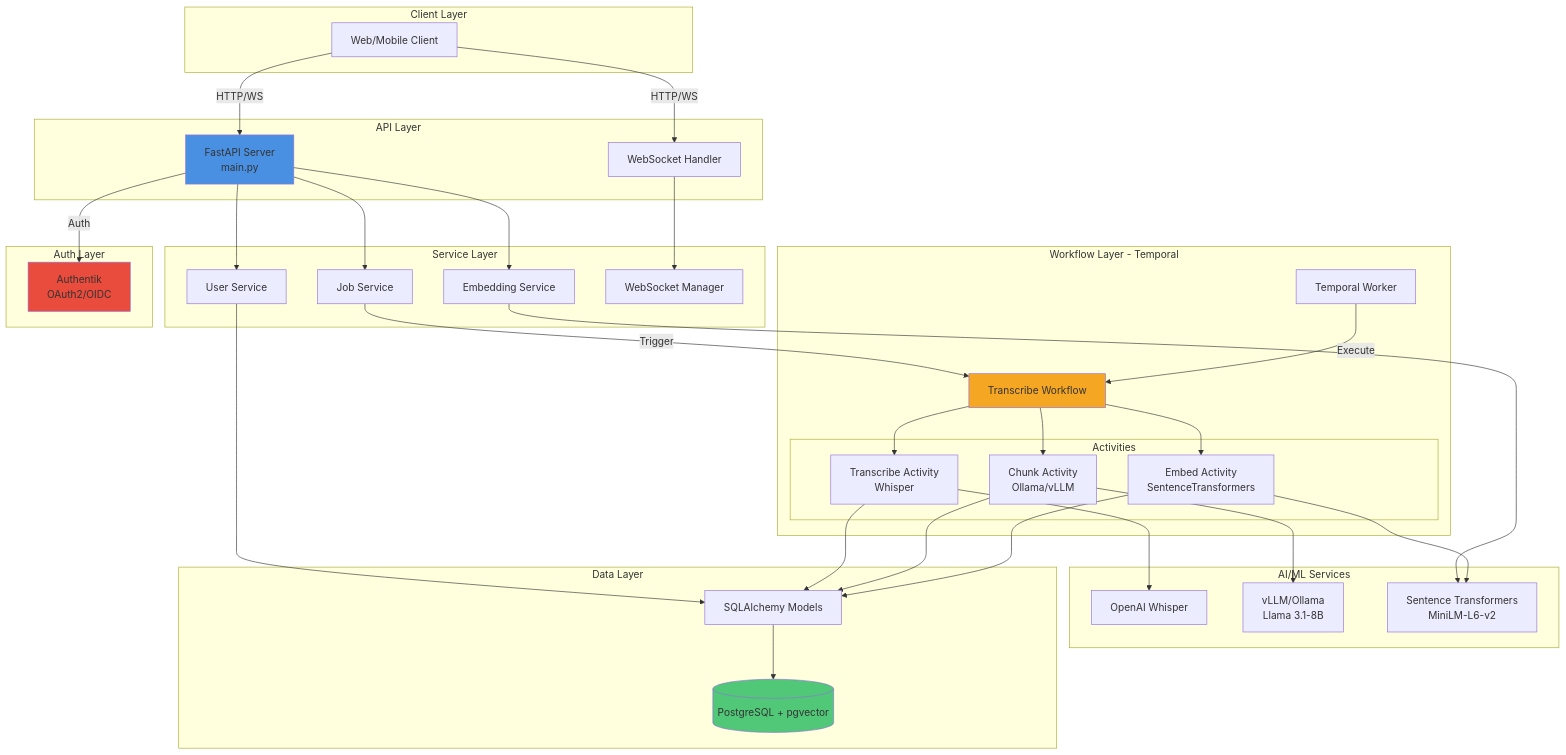
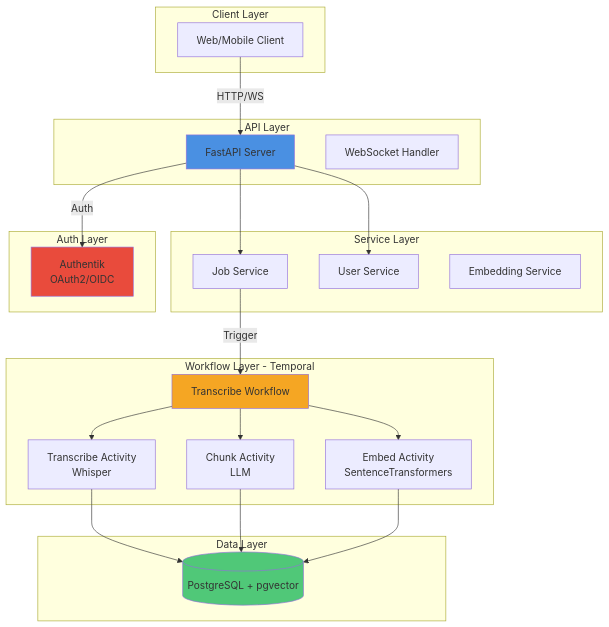
Before and after one commit to geosp/mxwhisper: the diagram in README.md, drawn with Mermaid. The commit also changed other lines of this file and 2 other files, not shown here.

````diff
--- a/README.md
+++ b/README.md
@@ -35,77 +155,49 @@
 ```mermaid
 graph TB
     subgraph "Client Layer"
         UI[Web/Mobile Client]
     end
 
     subgraph "API Layer"
-        FastAPI[FastAPI Server<br/>main.py]
+        FastAPI[FastAPI Server]
         WS[WebSocket Handler]
     end
 
     subgraph "Service Layer"
         JobSvc[Job Service]
         UserSvc[User Service]
         EmbedSvc[Embedding Service]
-        WSManager[WebSocket Manager]
     end
 
     subgraph "Workflow Layer - Temporal"
-        TempWorker[Temporal Worker]
         Workflow[Transcribe Workflow]
-
-        subgraph "Activities"
-            TransAct[Transcribe Activity<br/>Whisper]
-            ChunkAct[Chunk Activity<br/>Ollama/vLLM]
-            EmbedAct[Embed Activity<br/>SentenceTransformers]
-        end
-    end
-
-    subgraph "AI/ML Services"
-        Whisper[OpenAI Whisper]
-        LLM[vLLM/Ollama<br/>Llama 3.1-8B]
-        STrans[Sentence Transformers<br/>MiniLM-L6-v2]
+        TransAct[Transcribe Activity<br/>Whisper]
+        ChunkAct[Chunk Activity<br/>LLM]
+        EmbedAct[Embed Activity<br/>SentenceTransformers]
     end
 
     subgraph "Data Layer"
         Postgres[(PostgreSQL + pgvector)]
-        Models[SQLAlchemy Models]
     end
 
     subgraph "Auth Layer"
         Authentik[Authentik<br/>OAuth2/OIDC]
     end
 
     UI -->|HTTP/WS| FastAPI
-    UI -->|HTTP/WS| WS
     FastAPI -->|Auth| Authentik
     FastAPI --> JobSvc
     FastAPI --> UserSvc
-    FastAPI --> EmbedSvc
-    WS --> WSManager
-
     JobSvc -->|Trigger| Workflow
-    UserSvc --> Models
-    EmbedSvc --> STrans
-
     Workflow --> TransAct
     Workflow --> ChunkAct
     Workflow --> EmbedAct
-
-    TransAct --> Whisper
-    ChunkAct --> LLM
-    EmbedAct --> STrans
-
-    TransAct --> Models
-    ChunkAct --> Models
-    EmbedAct --> Models
-
-    Models --> Postgres
-
-    TempWorker -->|Execute| Workflow
+    TransAct --> Postgres
+    ChunkAct --> Postgres
+    EmbedAct --> Postgres
 
     style FastAPI fill:#4A90E2
     style Workflow fill:#F5A623
     style Postgres fill:#50C878
     style Authentik fill:#E94B3C
 ```
````
